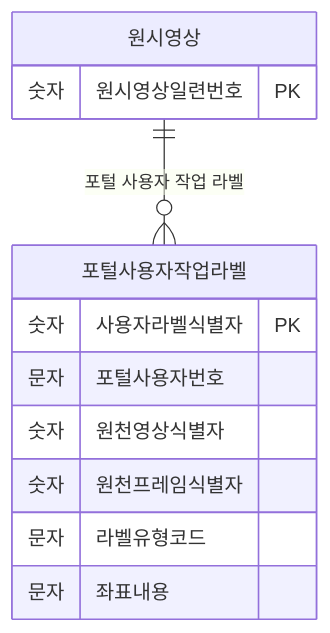
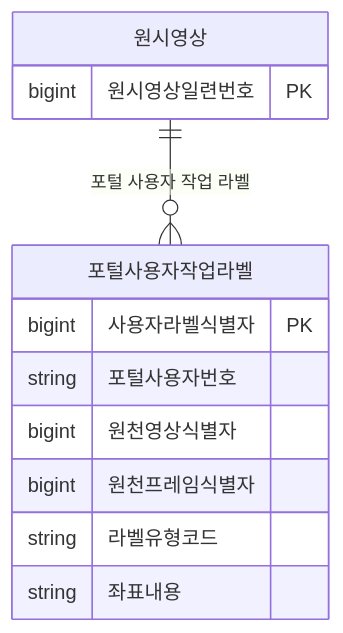
Diagram 12 of 14 in docs/0705/D8-엔티티관계모형설계서.md (New-stella/klid-label), drawn with Mermaid before and after one commit. The commit also changed other lines of this file and 1 other file, not shown here.

First line of the commit message:
docs(D8): §2 속성명 한글화 + §1 ERD 타입 물리 원형 복원

````diff
--- a/docs/0705/D8-엔티티관계모형설계서.md
+++ b/docs/0705/D8-엔티티관계모형설계서.md
@@ -440,17 +440,17 @@
 ```mermaid
 erDiagram
     원시영상 ||--o{ 포털사용자작업라벨 : "포털 사용자 작업 라벨"
     원시영상 {
         %% class: LsDataRaw (KLID-AT-DC-012)
-        숫자 원시영상일련번호 PK
+        bigint 원시영상일련번호 PK
     }
     포털사용자작업라벨 {
         %% class: - ※ (D1 범위 외 · 포털 외부 채널 전용 엔티티)
-        숫자 사용자라벨식별자 PK
-        문자 포털사용자번호
-        숫자 원천영상식별자
-        숫자 원천프레임식별자
-        문자 라벨유형코드
-        문자 좌표내용
+        bigint 사용자라벨식별자 PK
+        string 포털사용자번호
+        bigint 원천영상식별자
+        bigint 원천프레임식별자
+        string 라벨유형코드
+        string 좌표내용
     }
 ```
````
